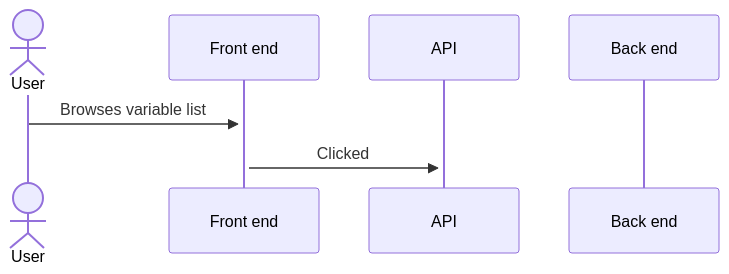
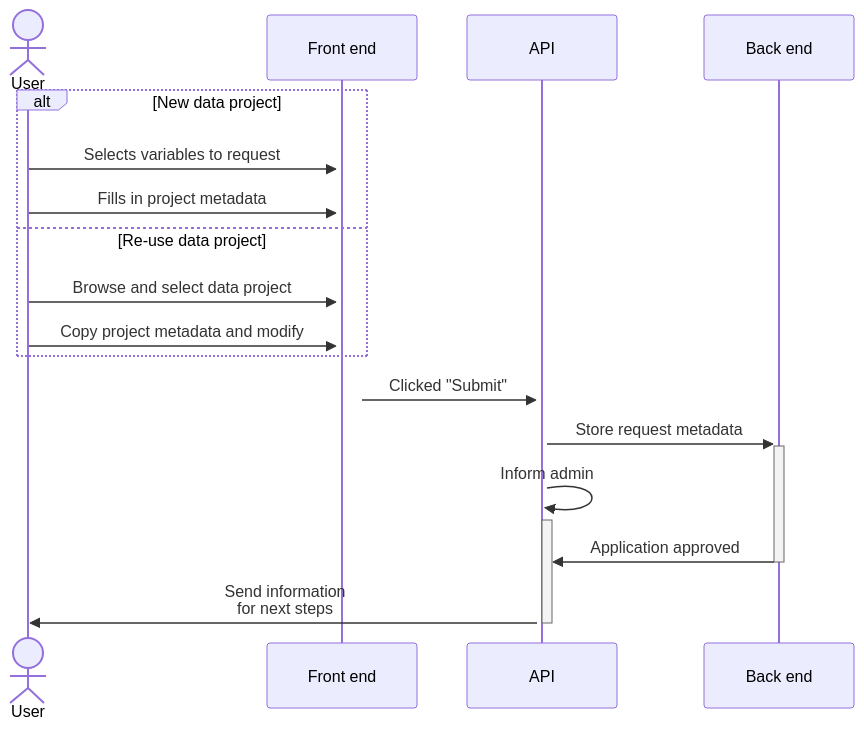
One commit to seedcase-project/seedcase-website changed the second of 2 diagrams in design/runtime-view.qmd. Above: the diagram before and after it, drawn with Mermaid. The commit also changed other lines of this file, not shown here.

Commit message:
finished mermaid diagrams for runtime

````diff
--- a/design/runtime-view.qmd
+++ b/design/runtime-view.qmd
@@ -196,17 +194,24 @@
-```{mermaid}
-%%| eval: true
+```{mermaid data-request}
 %%| label: fig-data-request
 %%| fig-cap: "Logged in user who is requesting data from a Data Resource."
-%%| file: images/runtime-apply-for-data.mmd
 sequenceDiagram
     actor User
     
     participant f as Front end
     participant api as API
     participant be as Back end
     
-    User ->>+ f: Browses variable list
-    f ->>+ api: Clicked 
+    alt New data project
+      User ->>+ f: Selects variables to request
+      User ->>+ f: Fills in project metadata
+    else Re-use data project
+      User ->>+ f: Browse and select data project
+      User ->>+ f: Copy project metadata and modify
+    end
     
-  
+    f ->>+ api: Clicked "Submit"
+    api ->>+ be: Store request metadata
+    api ->>+ api: Inform admin
+    be ->>- api: Application approved
+    api ->>- User: Send information<br>for next steps
 ```
````
